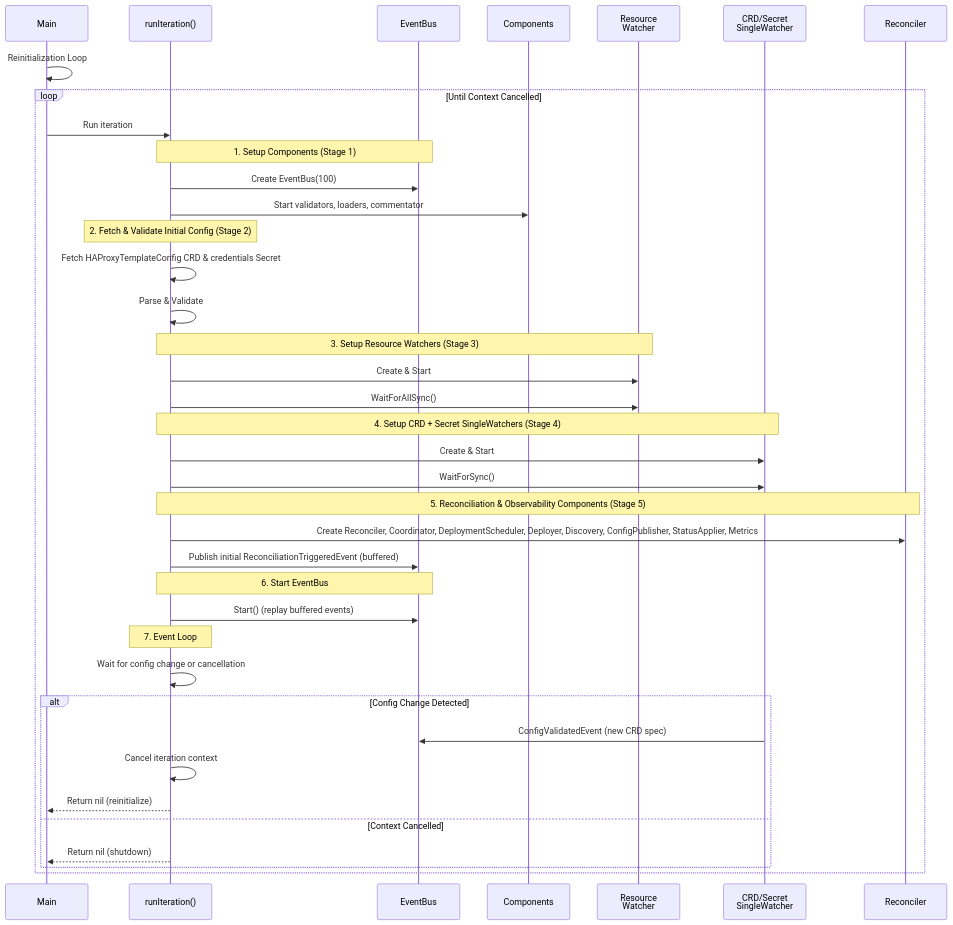
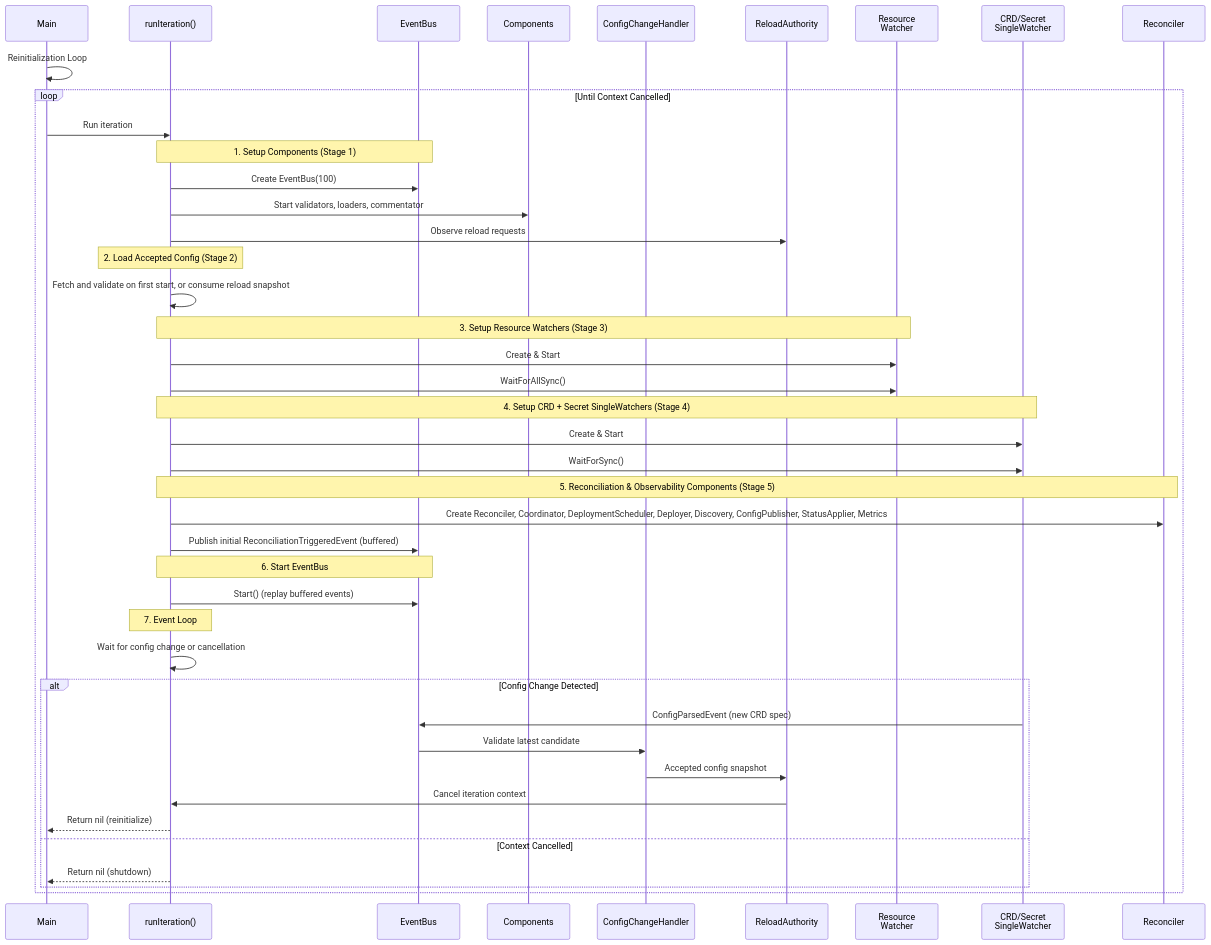
Before and after one commit to HAProxy-Template-IC/haproxy-template-ingress-controller: the first of 4 diagrams in docs/site/docs/development/design/sequence-diagrams.md, drawn with Mermaid. The commit also changed other lines of this file and 33 other files, not shown here.

````diff
--- a/docs/site/docs/development/design/sequence-diagrams.md
+++ b/docs/site/docs/development/design/sequence-diagrams.md
@@ -7,50 +7,54 @@
 ```mermaid
 sequenceDiagram
     participant Main
     participant Iteration as runIteration()
     participant EventBus
     participant Components
+    participant ConfigChangeHandler
+    participant ReloadAuthority
     participant ResourceWatcher as Resource<br/>Watcher
     participant CRDSingleWatcher as CRD/Secret<br/>SingleWatcher
     participant Reconciler
 
     Main->>Main: Reinitialization Loop
 
     loop Until Context Cancelled
         Main->>Iteration: Run iteration
 
         Note over Iteration,EventBus: 1. Setup Components (Stage 1)
         Iteration->>EventBus: Create EventBus(100)
         Iteration->>Components: Start validators, loaders, commentator
+        Iteration->>ReloadAuthority: Observe reload requests
 
-        Note over Iteration: 2. Fetch & Validate Initial Config (Stage 2)
-        Iteration->>Iteration: Fetch HAProxyTemplateConfig CRD & credentials Secret
-        Iteration->>Iteration: Parse & Validate
+        Note over Iteration: 2. Load Accepted Config (Stage 2)
+        Iteration->>Iteration: Fetch and validate on first start, or consume reload snapshot
 
         Note over Iteration,ResourceWatcher: 3. Setup Resource Watchers (Stage 3)
         Iteration->>ResourceWatcher: Create & Start
         Iteration->>ResourceWatcher: WaitForAllSync()
 
         Note over Iteration,CRDSingleWatcher: 4. Setup CRD + Secret SingleWatchers (Stage 4)
         Iteration->>CRDSingleWatcher: Create & Start
         Iteration->>CRDSingleWatcher: WaitForSync()
 
         Note over Iteration,Reconciler: 5. Reconciliation & Observability Components (Stage 5)
         Iteration->>Reconciler: Create Reconciler, Coordinator, DeploymentScheduler, Deployer, Discovery, ConfigPublisher, StatusApplier, Metrics
         Iteration->>EventBus: Publish initial ReconciliationTriggeredEvent (buffered)
 
         Note over Iteration,EventBus: 6. Start EventBus
         Iteration->>EventBus: Start() (replay buffered events)
 
         Note over Iteration: 7. Event Loop
         Iteration->>Iteration: Wait for config change or cancellation
 
         alt Config Change Detected
-            CRDSingleWatcher->>EventBus: ConfigValidatedEvent (new CRD spec)
-            Iteration->>Iteration: Cancel iteration context
+            CRDSingleWatcher->>EventBus: ConfigParsedEvent (new CRD spec)
+            EventBus->>ConfigChangeHandler: Validate latest candidate
+            ConfigChangeHandler->>ReloadAuthority: Accepted config snapshot
+            ReloadAuthority->>Iteration: Cancel iteration context
             Iteration-->>Main: Return nil (reinitialize)
         else Context Cancelled
             Iteration-->>Main: Return nil (shutdown)
         end
     end
 ```
````
